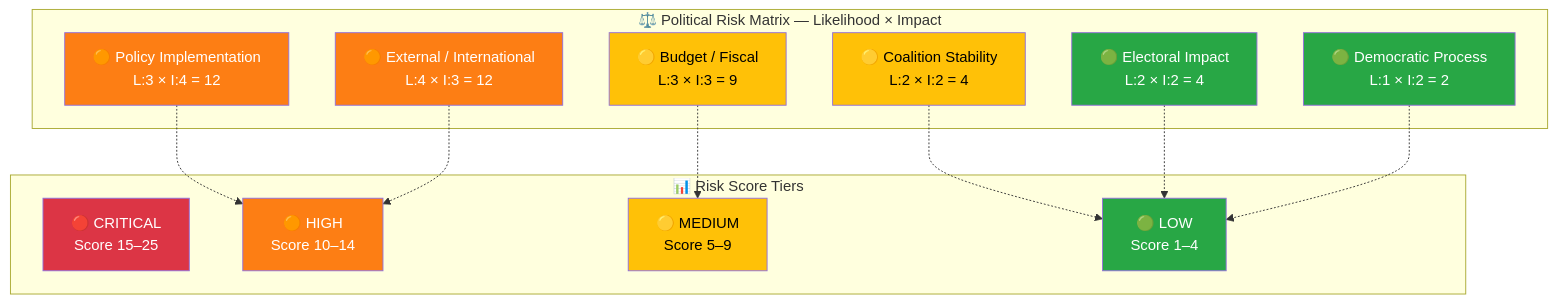
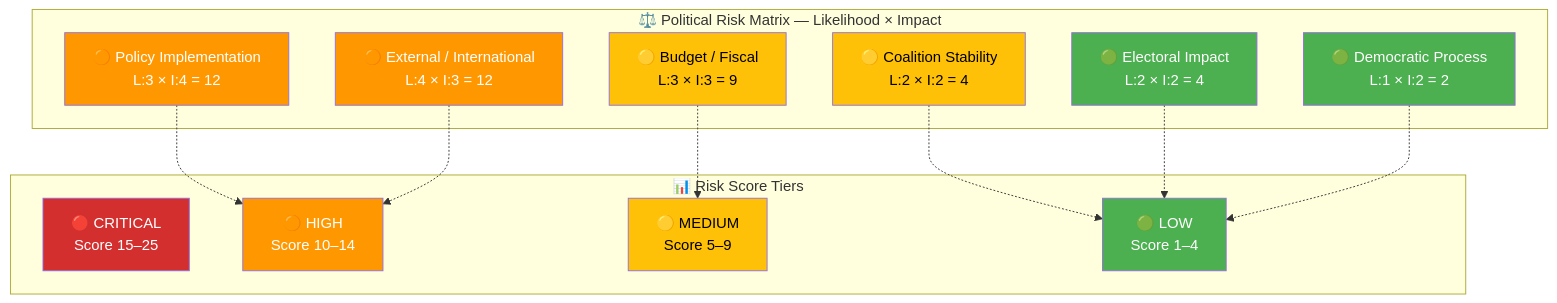
Before and after one commit to Hack23/riksdagsmonitor: the third of 4 diagrams in analysis/daily/2026-04-02/realtime-1428/documents/HD01FoU12-analysis.md, drawn with Mermaid. The commit also changed other lines of this file and 785 other files, not shown here.

First line of the commit message:
Normalize mermaid colors across 786 analysis artifacts to ISMS Style Guide palette

````diff
--- a/analysis/daily/2026-04-02/realtime-1428/documents/HD01FoU12-analysis.md
+++ b/analysis/daily/2026-04-02/realtime-1428/documents/HD01FoU12-analysis.md
@@ -97,36 +97,36 @@
 ```mermaid
 graph TD
     subgraph "⚖️ Political Risk Matrix — Likelihood × Impact"
         R1["🟡 Coalition Stability<br/>L:2 × I:2 = 4"]
         R2["🟠 Policy Implementation<br/>L:3 × I:4 = 12"]
         R3["🟡 Budget / Fiscal<br/>L:3 × I:3 = 9"]
         R4["🟢 Electoral Impact<br/>L:2 × I:2 = 4"]
         R5["🟢 Democratic Process<br/>L:1 × I:2 = 2"]
         R6["🟠 External / International<br/>L:4 × I:3 = 12"]
     end
 
     subgraph "📊 Risk Score Tiers"
         T1["🔴 CRITICAL<br/>Score 15–25"]
         T2["🟠 HIGH<br/>Score 10–14"]
         T3["🟡 MEDIUM<br/>Score 5–9"]
         T4["🟢 LOW<br/>Score 1–4"]
     end
 
     R2 -.-> T2
     R6 -.-> T2
     R3 -.-> T3
     R1 -.-> T4
     R4 -.-> T4
     R5 -.-> T4
 
-    style R1 fill:#ffc107,color:#000
-    style R2 fill:#fd7e14,color:#fff
-    style R3 fill:#ffc107,color:#000
-    style R4 fill:#28a745,color:#fff
-    style R5 fill:#28a745,color:#fff
-    style R6 fill:#fd7e14,color:#fff
-    style T1 fill:#dc3545,color:#fff
-    style T2 fill:#fd7e14,color:#fff
-    style T3 fill:#ffc107,color:#000
-    style T4 fill:#28a745,color:#fff
+    style R1 fill:#FFC107,color:#000000
+    style R2 fill:#FF9800,color:#FFFFFF
+    style R3 fill:#FFC107,color:#000000
+    style R4 fill:#4CAF50,color:#FFFFFF
+    style R5 fill:#4CAF50,color:#FFFFFF
+    style R6 fill:#FF9800,color:#FFFFFF
+    style T1 fill:#D32F2F,color:#FFFFFF
+    style T2 fill:#FF9800,color:#FFFFFF
+    style T3 fill:#FFC107,color:#000000
+    style T4 fill:#4CAF50,color:#FFFFFF
 ```
````
